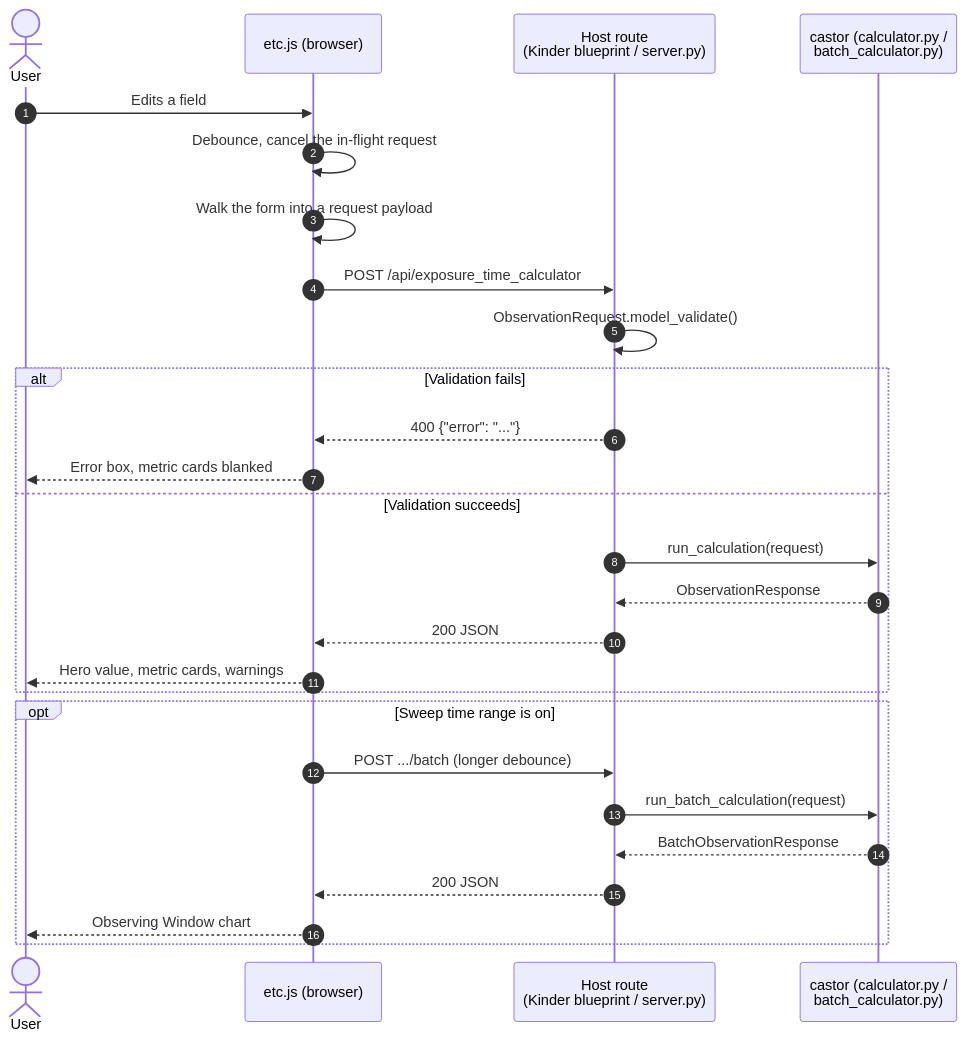
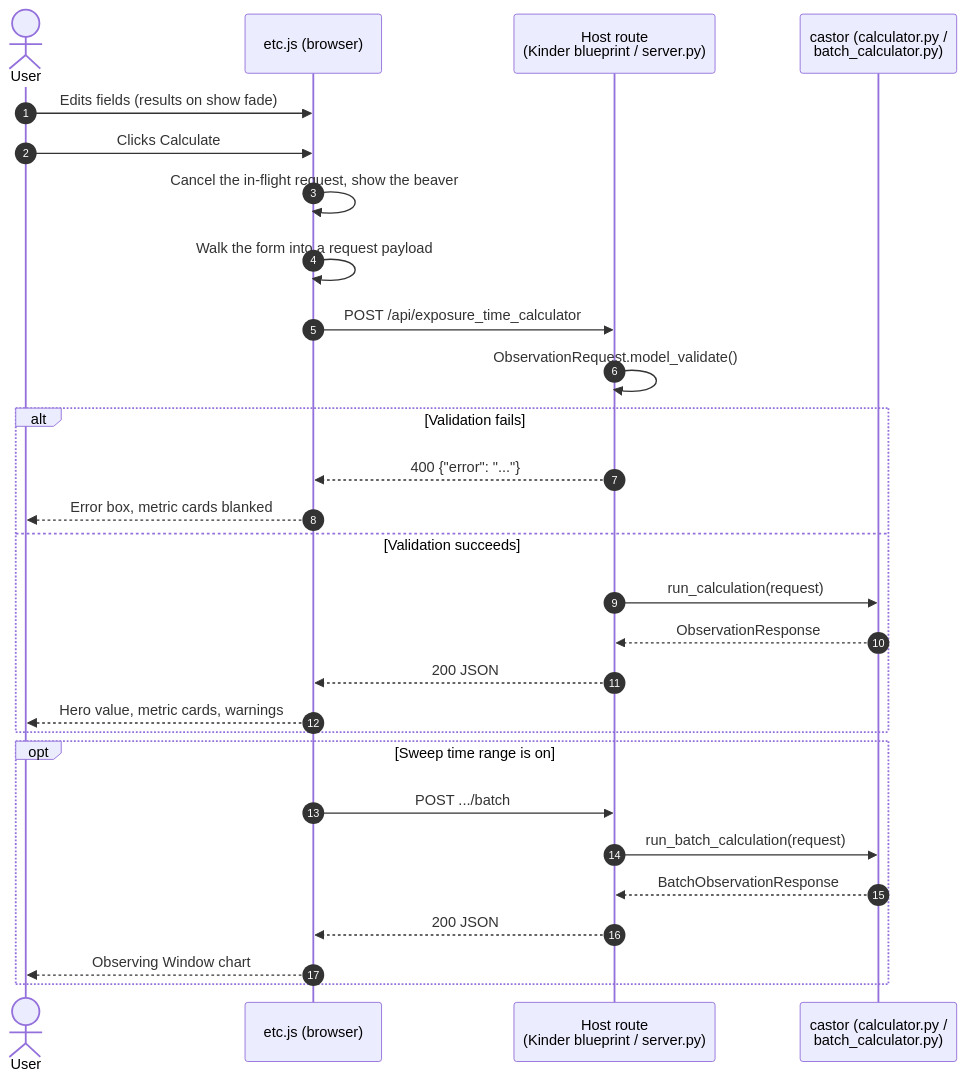
Before and after one commit to AlexLee24/CASTOR: the second of 2 diagrams in docs/gui_architecture.md, drawn with Mermaid. The commit also changed other lines of this file and 4 other files, not shown here.

First line of the commit message:
Calculate on a button, with the beaver while waiting

````diff
--- a/docs/gui_architecture.md
+++ b/docs/gui_architecture.md
@@ -135,30 +137,31 @@
 ```mermaid
 sequenceDiagram
     autonumber
     actor User
     participant UI as etc.js (browser)
     participant Host as Host route<br/>(Kinder blueprint / server.py)
     participant Engine as castor (calculator.py /<br/>batch_calculator.py)
 
-    User->>UI: Edits a field
-    UI->>UI: Debounce, cancel the in-flight request
+    User->>UI: Edits fields (results on show fade)
+    User->>UI: Clicks Calculate
+    UI->>UI: Cancel the in-flight request, show the beaver
     UI->>UI: Walk the form into a request payload
     UI->>Host: POST /api/exposure_time_calculator
     Host->>Host: ObservationRequest.model_validate()
     alt Validation fails
         Host-->>UI: 400 {"error": "..."}
         UI-->>User: Error box, metric cards blanked
     else Validation succeeds
         Host->>Engine: run_calculation(request)
         Engine-->>Host: ObservationResponse
         Host-->>UI: 200 JSON
         UI-->>User: Hero value, metric cards, warnings
     end
     opt Sweep time range is on
-        UI->>Host: POST .../batch (longer debounce)
+        UI->>Host: POST .../batch
         Host->>Engine: run_batch_calculation(request)
         Engine-->>Host: BatchObservationResponse
         Host-->>UI: 200 JSON
         UI-->>User: Observing Window chart
     end
 ```
````
